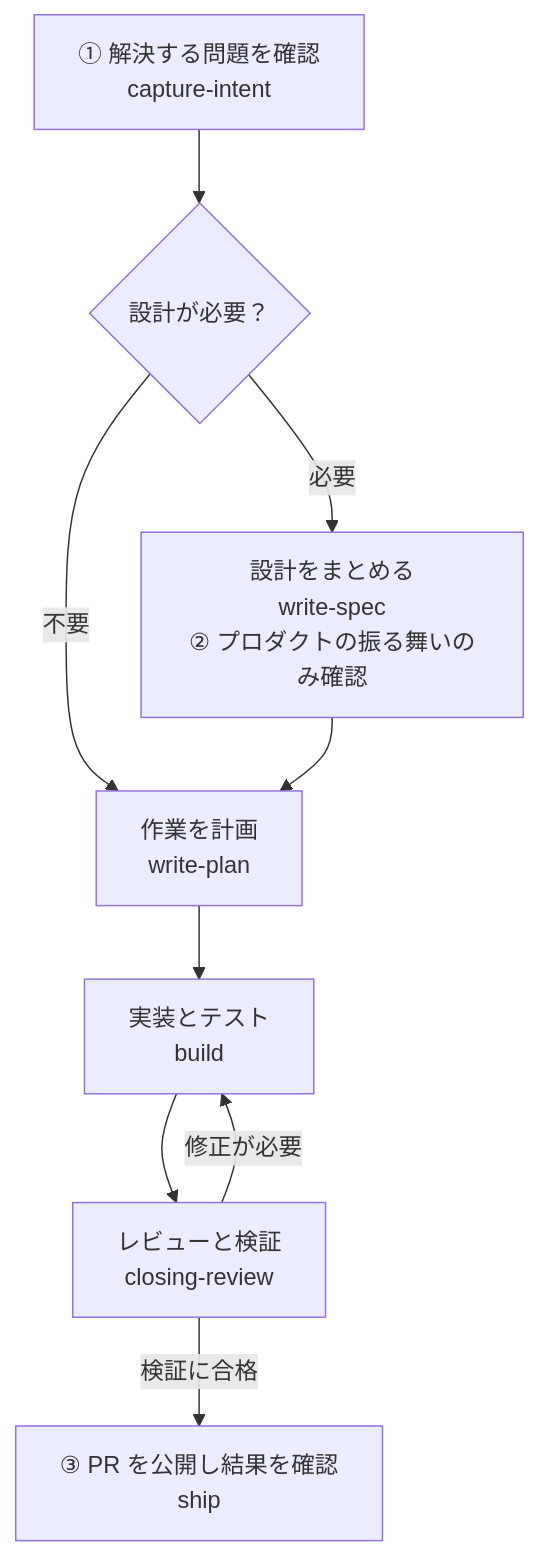
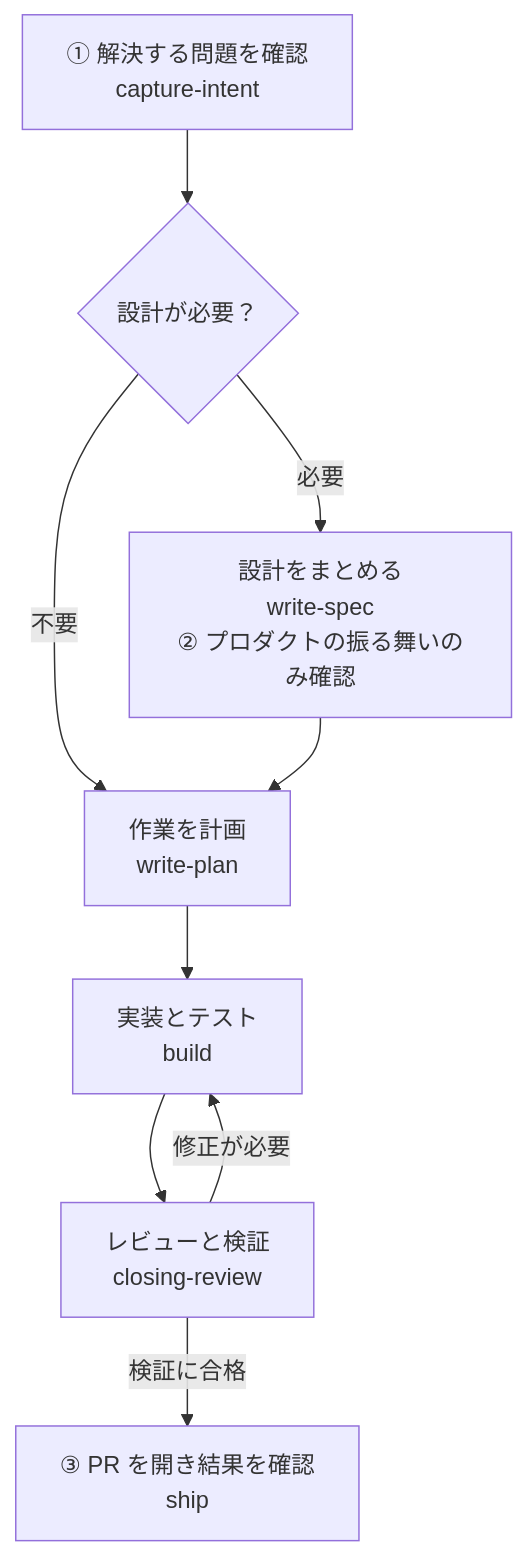
The diagram in loom-code/README.ja.md (kouko/loom-plugins), drawn with Mermaid before and after one commit. The commit also changed other lines of this file and 55 other files, not shown here.

````diff
--- a/loom-code/README.ja.md
+++ b/loom-code/README.ja.md
@@ -23,19 +23,19 @@
 ```mermaid
 flowchart TD
     intent["① 解決する問題を確認<br/>capture-intent"]
     design{"設計が必要？"}
     spec["設計をまとめる<br/>write-spec<br/>② プロダクトの振る舞いのみ確認"]
     plan["作業を計画<br/>write-plan"]
     build["実装とテスト<br/>build"]
     review["レビューと検証<br/>closing-review"]
-    ship["③ PR を公開し結果を確認<br/>ship"]
+    ship["③ PR を開き結果を確認<br/>ship"]
 
     intent --> design
     design -->|"必要"| spec
     design -->|"不要"| plan
     spec --> plan
     plan --> build
     build --> review
     review -->|"修正が必要"| build
     review -->|"検証に合格"| ship
 ```
````
